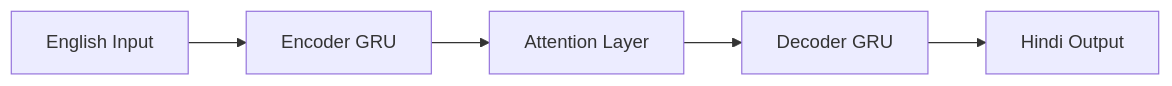
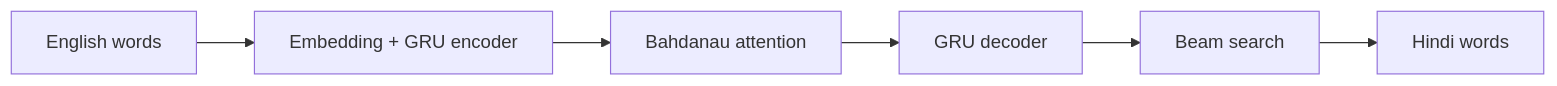
Before and after one commit to sarvesh-raam/translator.nlp: the diagram in README.md, drawn with Mermaid. The commit also changed other lines of this file and 3 other files, not shown here.

````diff
--- a/README.md
+++ b/README.md
@@ -31,7 +85,8 @@
 ```mermaid
 graph LR
-    A[English Input] --> B[Encoder GRU]
-    B --> C[Attention Layer]
-    C --> D[Decoder GRU]
-    D --> E[Hindi Output]
+    A[English words] --> B[Embedding + GRU encoder]
+    B --> C[Bahdanau attention]
+    C --> D[GRU decoder]
+    D --> E[Beam search]
+    E --> F[Hindi words]
 ```
````
